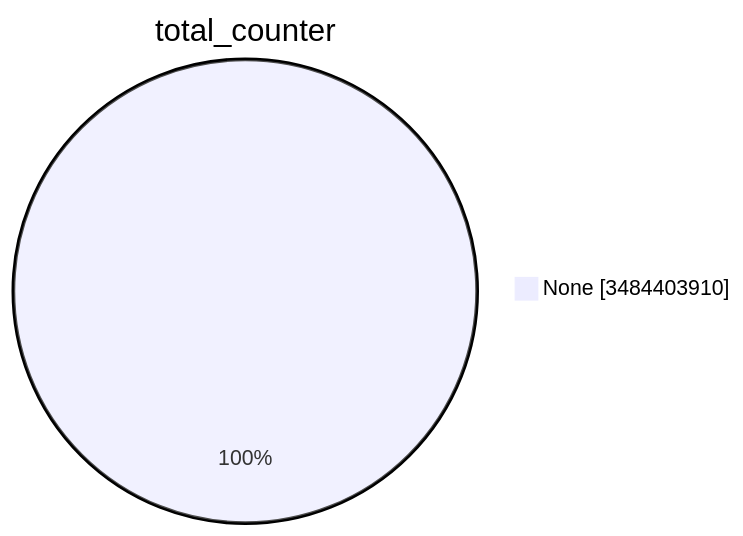
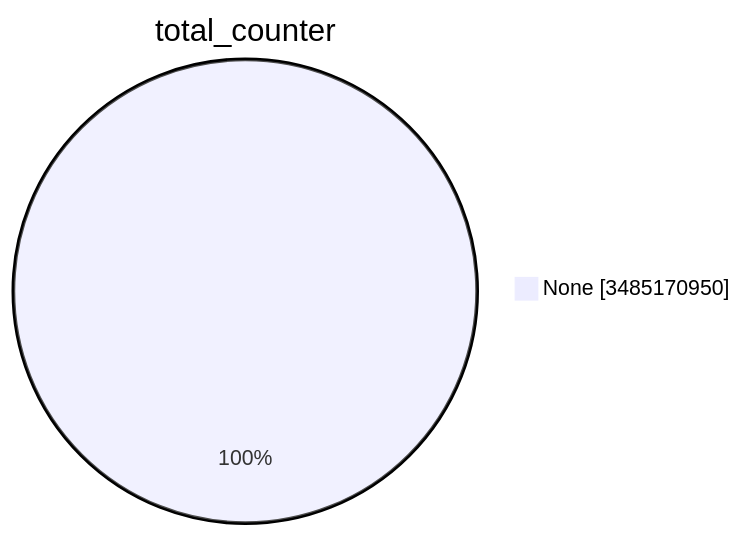
One commit to christiankrug/ctmonitor_visualization changed the first of 15 diagrams in TOTAL/README.md. Above: the diagram before and after it, drawn with Mermaid. The commit also changed other lines of this file, not shown here.

````diff
--- a/TOTAL/README.md
+++ b/TOTAL/README.md
@@ -1,5 +1,5 @@
 ```mermaid
 pie showData
 title total_counter
-"None" :3484403910
+"None" :3485170950
 ```
````
